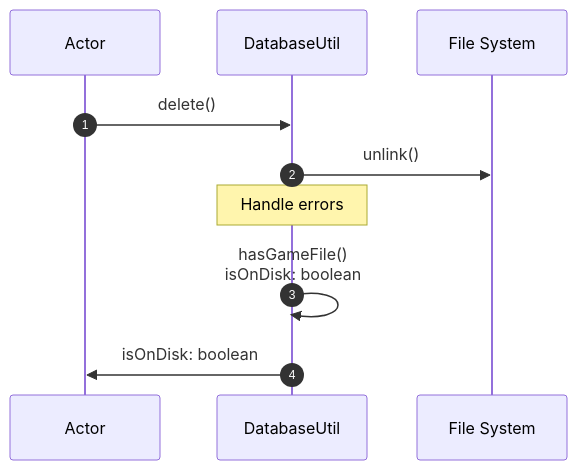
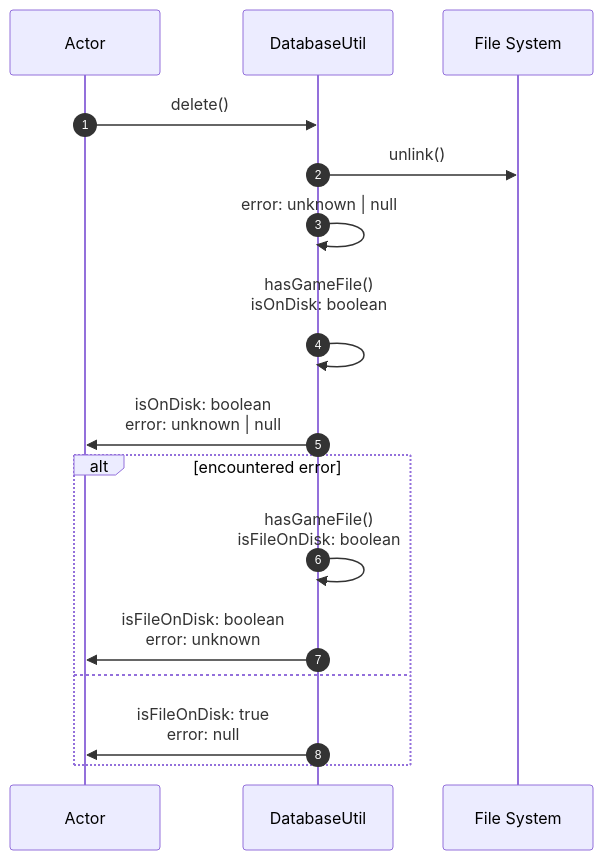
One commit to normal-devs/klicker-knight changed the first of 4 diagrams in docs/architecture/databaseUtil.md. Above: the diagram before and after it, drawn with Mermaid. The commit also changed other lines of this file and 1 other file, not shown here.

Commit message:
Document error handling in databaseUtil

````diff
--- a/docs/architecture/databaseUtil.md
+++ b/docs/architecture/databaseUtil.md
@@ -11,15 +11,20 @@
 ```mermaid
 sequenceDiagram
   autonumber
   participant A as Actor
   participant D as DatabaseUtil
   participant F as File System
 
   A ->> D: delete()
   D ->> F: unlink()
+  D ->> D: error: unknown | null
+  D ->> D: hasGameFile() <br> isOnDisk: boolean <br>
+  D ->> A: isOnDisk: boolean <br> error: unknown | null
 
-  note over D: Handle errors
-
-  D ->> D: hasGameFile() <br> isOnDisk: boolean
-  D ->> A: isOnDisk: boolean
+  alt encountered error
+    D ->> D: hasGameFile() <br> isFileOnDisk: boolean
+    D ->> A: isFileOnDisk: boolean <br> error: unknown
+  else
+    D ->> A: isFileOnDisk: true <br> error: null
+  end
 ```
````
